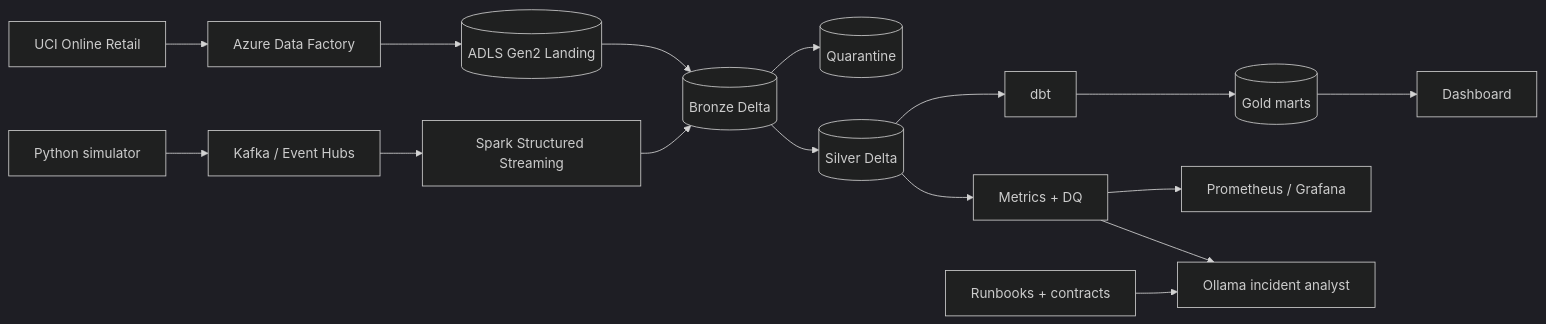
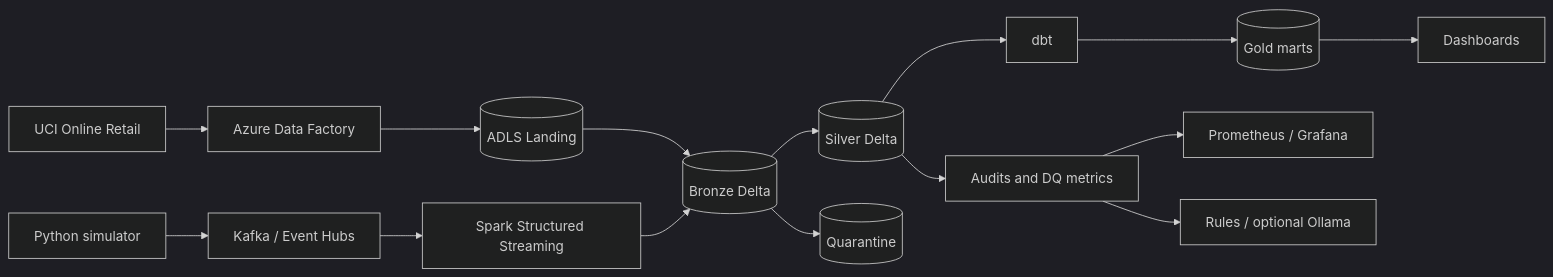
The diagram in README.md (PK-999/retailpulse), drawn with Mermaid (dark theme) before and after one commit. The commit also changed other lines of this file and 123 other files, not shown here.

````diff
--- a/README.md
+++ b/README.md
@@ -34,18 +33,12 @@
 ```mermaid
 flowchart LR
   UCI[UCI Online Retail] --> ADF[Azure Data Factory]
-  SIM[Python simulator] --> K[Kafka / Event Hubs]
-  ADF --> L[(ADLS Gen2 Landing)]
-  K --> SS[Spark Structured Streaming]
-  L --> B[(Bronze Delta)]
-  SS --> B
-  B --> Q[(Quarantine)]
-  B --> S[(Silver Delta)]
-  S --> DBT[dbt]
-  DBT --> G[(Gold marts)]
-  G --> DASH[Dashboard]
-  S --> OBS[Metrics + DQ]
-  OBS --> PROM[Prometheus / Grafana]
-  OBS --> AI[Ollama incident analyst]
-  RUN[Runbooks + contracts] --> AI
+  SIM[Python simulator] --> BUS[Kafka / Event Hubs]
+  ADF --> LAND[(ADLS Landing)] --> BRONZE[(Bronze Delta)]
+  BUS --> SPARK[Spark Structured Streaming] --> BRONZE
+  BRONZE --> SILVER[(Silver Delta)]
+  BRONZE --> QUAR[(Quarantine)]
+  SILVER --> DBT[dbt] --> GOLD[(Gold marts)] --> BI[Dashboards]
+  SILVER --> OPS[Audits and DQ metrics] --> MON[Prometheus / Grafana]
+  OPS --> AI[Rules / optional Ollama]
 ```
````
